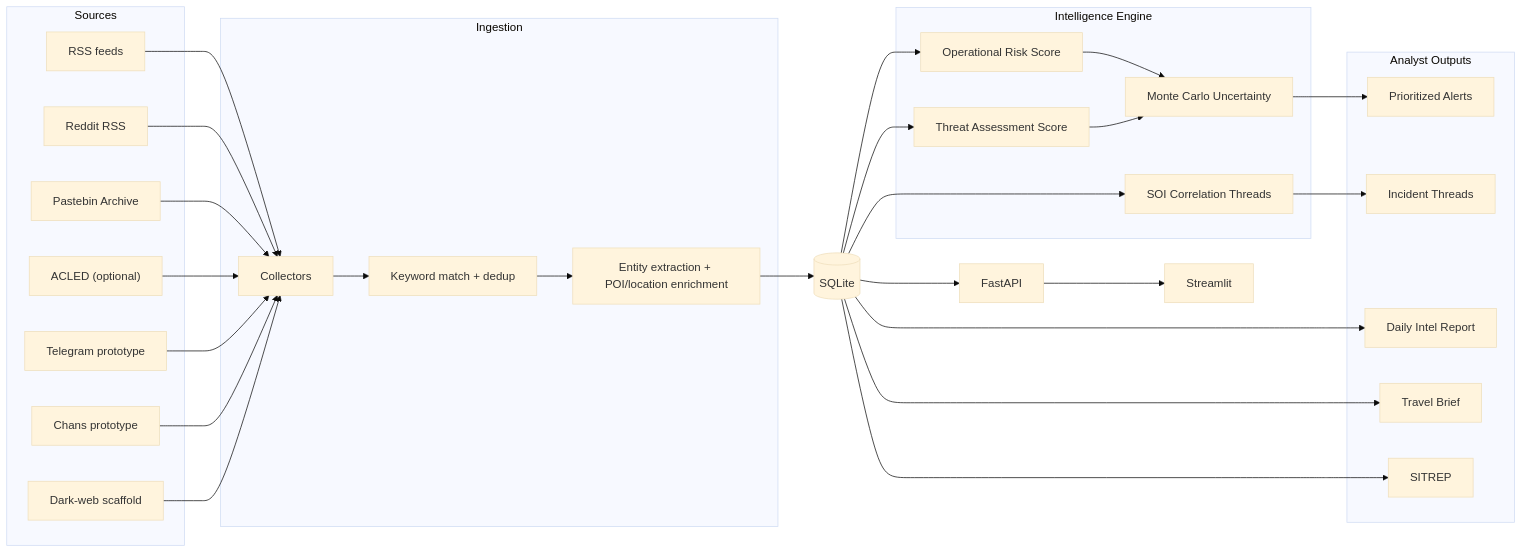
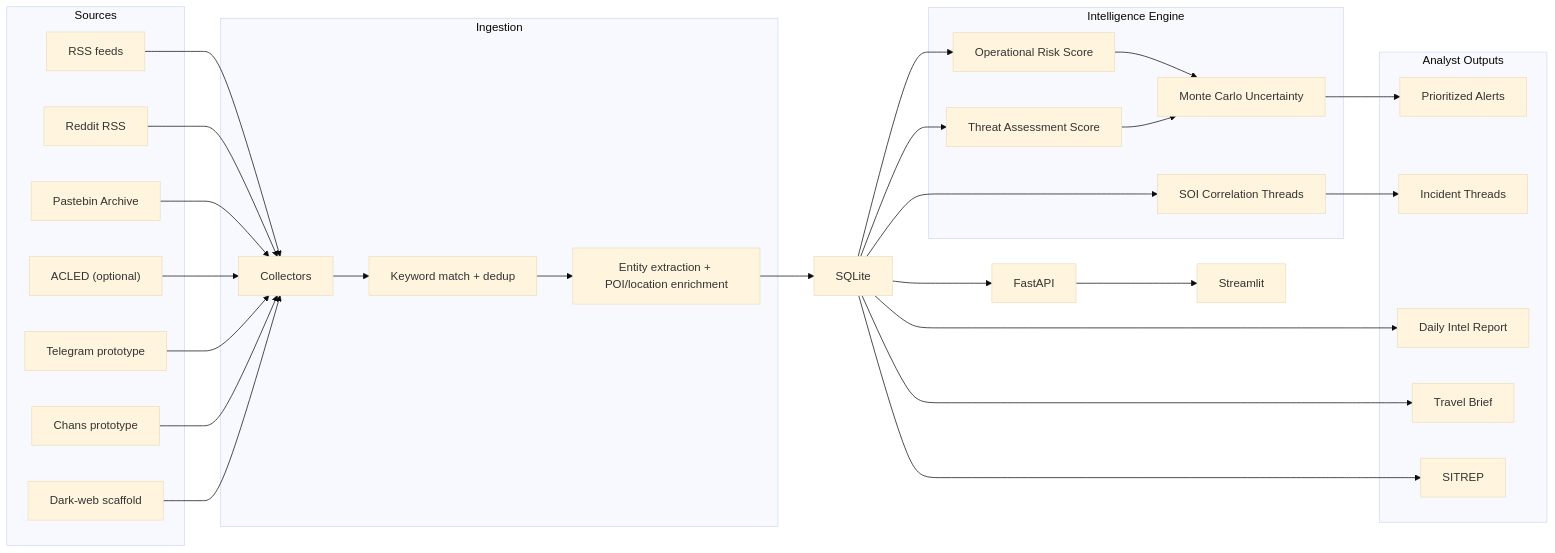
One commit to wksprojects/protective-intelligence-assistant changed the first of 2 diagrams in README.md. Above: the diagram before and after it, drawn with Mermaid (base theme). The commit also changed other lines of this file and 31 other files, not shown here.

````diff
--- a/README.md
+++ b/README.md
@@ -41,60 +43,60 @@
 ```mermaid
 flowchart LR
     subgraph Sources
         RSS["RSS feeds"]
         Reddit["Reddit RSS"]
         Paste["Pastebin Archive"]
         ACLED["ACLED (optional)"]
         TG["Telegram prototype"]
         Chans["Chans prototype"]
         DW["Dark-web scaffold"]
     end
 
     subgraph Ingestion
         Collect["Collectors"]
         Match["Keyword match + dedup"]
         Extract["Entity extraction + POI/location enrichment"]
     end
 
     subgraph Intelligence Engine
         Corr["SOI Correlation Threads"]
         ORS["Operational Risk Score"]
         TAS["Threat Assessment Score"]
         MC["Monte Carlo Uncertainty"]
     end
 
     subgraph Analyst Outputs
         Alerts["Prioritized Alerts"]
         Threads["Incident Threads"]
         Daily["Daily Intel Report"]
         Travel["Travel Brief"]
         SITREP["SITREP"]
     end
 
-    DB[("SQLite")]
+    DB["SQLite"]
     API["FastAPI"]
     UI["Streamlit"]
 
     RSS --> Collect
     Reddit --> Collect
     Paste --> Collect
     ACLED --> Collect
     TG --> Collect
     Chans --> Collect
     DW --> Collect
 
     Collect --> Match --> Extract --> DB
     DB --> Corr
     DB --> ORS
     DB --> TAS
     ORS --> MC
     TAS --> MC
 
     Corr --> Threads
     MC --> Alerts
     DB --> Daily
     DB --> Travel
     DB --> SITREP
 
     DB --> API --> UI
 ```
````
